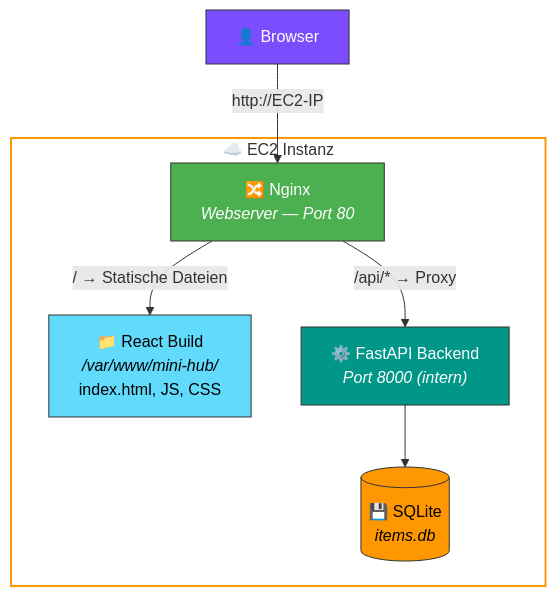
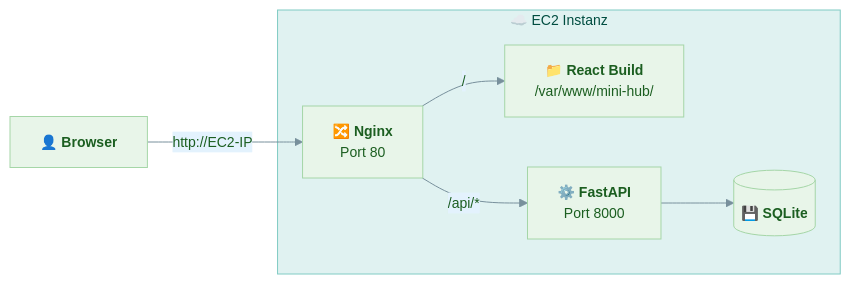
One commit to JacobMenge/kurs-25-06 changed the fifth of 5 diagrams in docs/modul-3/woche-6/wochenprojekt-fullstack-react-fastapi.md. Above: the diagram before and after it, drawn with Mermaid. The commit also changed other lines of this file and 6 other files, not shown here.

````diff
--- a/docs/modul-3/woche-6/wochenprojekt-fullstack-react-fastapi.md
+++ b/docs/modul-3/woche-6/wochenprojekt-fullstack-react-fastapi.md
@@ -1235,18 +1217,12 @@
 ```mermaid
-graph TD
-    subgraph EC2["☁️ EC2 Instanz"]
-        NGINX["🔀 Nginx<br/><i>Webserver — Port 80</i>"]
-        NGINX -- "/ → Statische Dateien" --> REACT["📁 React Build<br/><i>/var/www/mini-hub/</i><br/>index.html, JS, CSS"]
-        NGINX -- "/api/* → Proxy" --> FASTAPI["⚙️ FastAPI Backend<br/><i>Port 8000 (intern)</i>"]
-        FASTAPI --> DB[("💾 SQLite<br/><i>items.db</i>")]
+%%{init: {'theme': 'base', 'themeVariables': {'primaryColor': '#e8f5e9', 'primaryTextColor': '#1b5e20', 'primaryBorderColor': '#a5d6a7', 'secondaryColor': '#e3f2fd', 'secondaryTextColor': '#0d47a1', 'secondaryBorderColor': '#90caf9', 'tertiaryColor': '#e0f2f1', 'tertiaryTextColor': '#004d40', 'tertiaryBorderColor': '#80cbc4', 'lineColor': '#78909c', 'fontSize': '14px'}}}%%
+graph LR
+    USER["👤 <b>Browser</b>"] -- "http://EC2-IP" --> NGINX
+
+    subgraph EC2 ["☁️ EC2 Instanz"]
+        NGINX["🔀 <b>Nginx</b><br/>Port 80"]
+        NGINX -- "/" --> REACT["📁 <b>React Build</b><br/>/var/www/mini-hub/"]
+        NGINX -- "/api/*" --> FASTAPI["⚙️ <b>FastAPI</b><br/>Port 8000"]
+        FASTAPI --> DB[("💾 <b>SQLite</b>")]
     end
-
-    USER["👤 Browser"] -- "http://EC2-IP" --> NGINX
-
-    style EC2 fill:none,stroke:#ff9800,stroke-width:2px
-    style NGINX fill:#4caf50,stroke:#333,color:#fff
-    style REACT fill:#61dafb,stroke:#333,color:#000
-    style FASTAPI fill:#009688,stroke:#333,color:#fff
-    style DB fill:#ff9800,stroke:#333,color:#000
-    style USER fill:#7c4dff,stroke:#333,color:#fff
 ```
````
